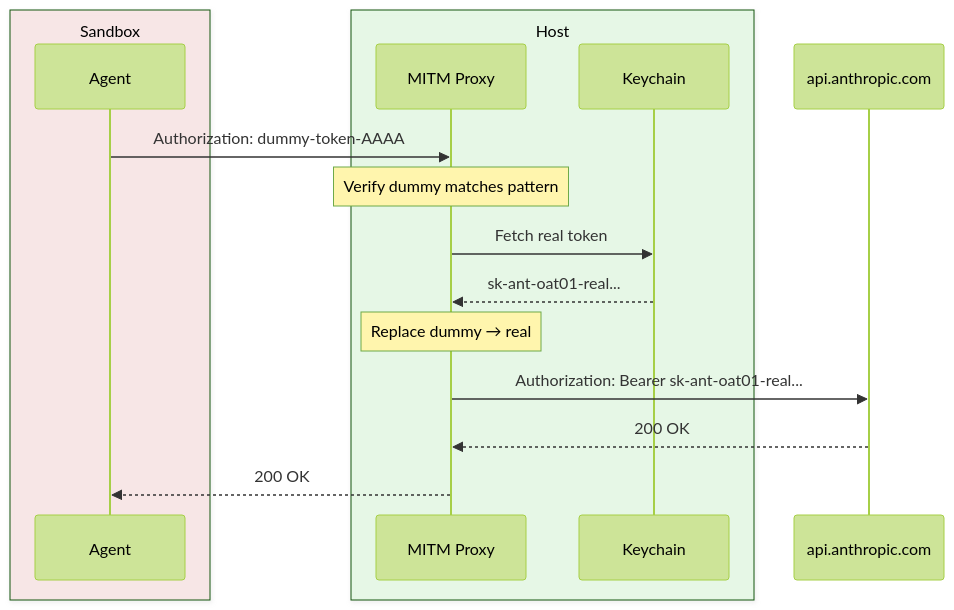
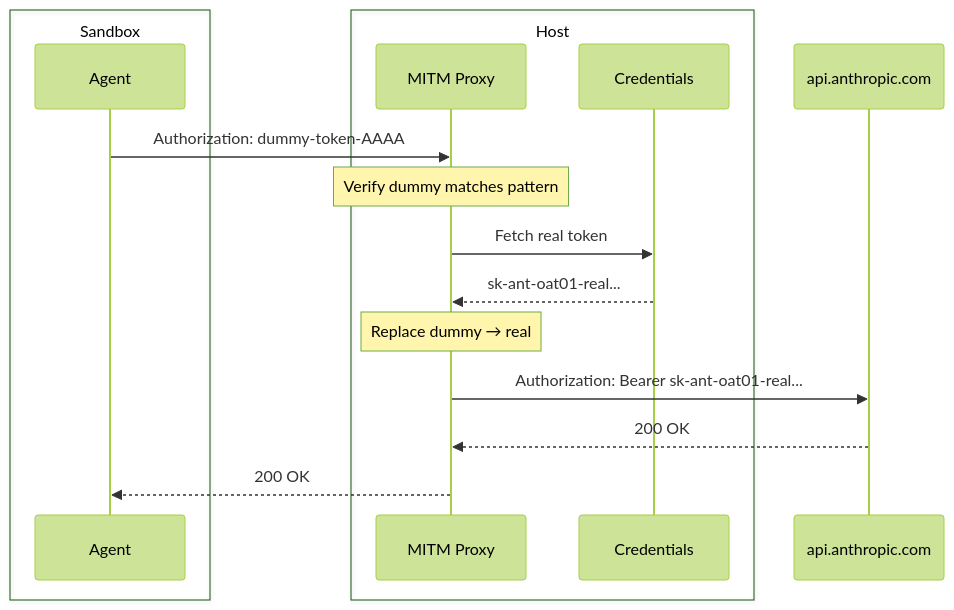
One commit to thepwagner-org/nix-jail changed the third of 3 diagrams in slides.md. Above: the diagram before and after it, drawn with Mermaid (forest theme). The commit also changed other lines of this file, not shown here.

````diff
--- a/slides.md
+++ b/slides.md
@@ -61,24 +59,24 @@
 ```mermaid
 sequenceDiagram
-    box rgba(255,200,200,0.3) Sandbox
-    participant Agent as Agent
+    box Sandbox
+    participant Agent
     end
 
-    box rgba(200,255,200,0.3) Host
+    box Host
     participant Proxy as MITM Proxy
-    participant Keychain as Keychain
+    participant Creds as Credentials
     end
 
     participant API as api.anthropic.com
 
     Agent->>Proxy: Authorization: dummy-token-AAAA
 
     Note over Proxy: Verify dummy matches pattern
-    Proxy->>Keychain: Fetch real token
-    Keychain-->>Proxy: sk-ant-oat01-real...
+    Proxy->>Creds: Fetch real token
+    Creds-->>Proxy: sk-ant-oat01-real...
 
     Note over Proxy: Replace dummy → real
     Proxy->>API: Authorization: Bearer sk-ant-oat01-real...
     API-->>Proxy: 200 OK
     Proxy-->>Agent: 200 OK
 ```
````
